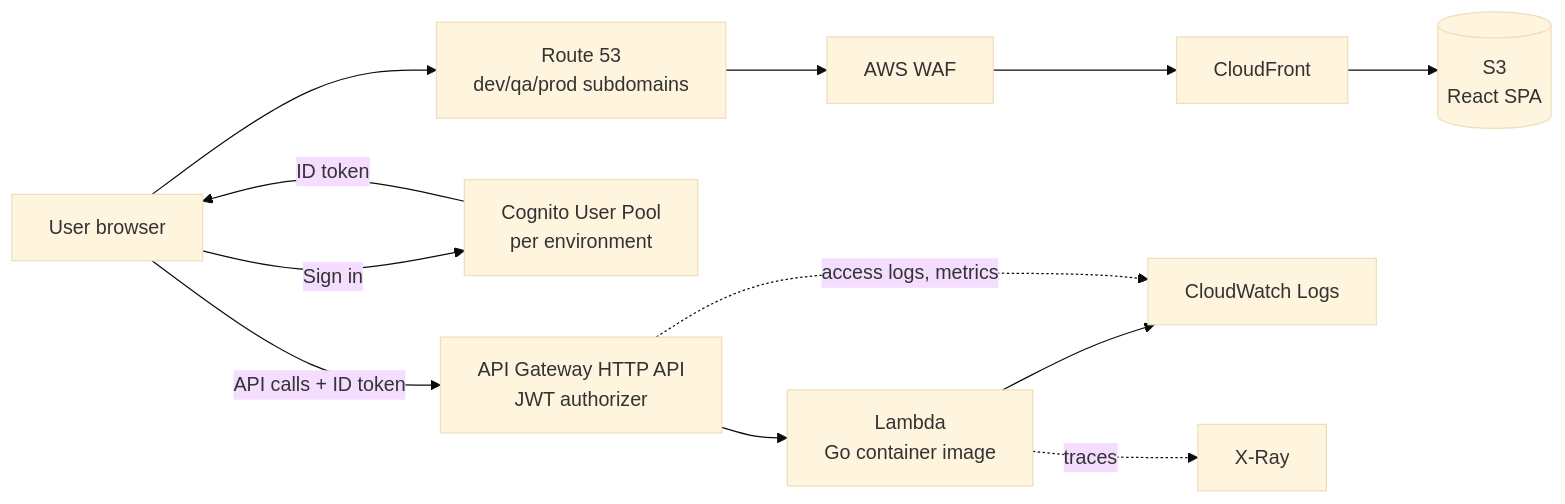
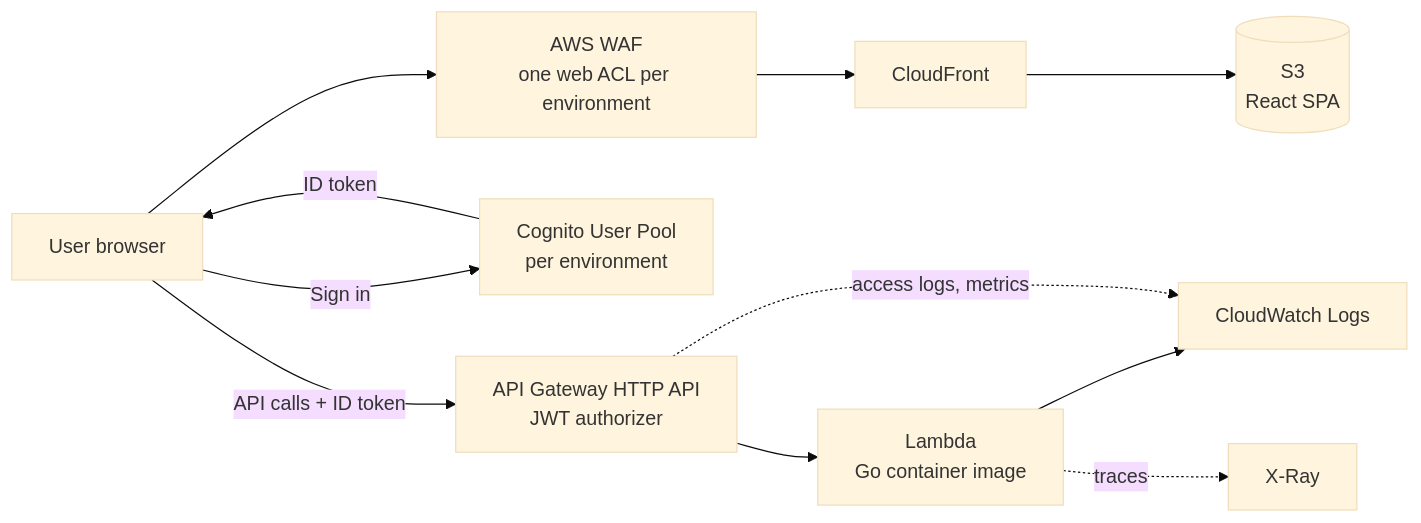
One commit to glennbach/serverless-web-boilerplate changed the diagram in docs/adr/0001-serverless-go-platform-architecture.md. Above: the diagram before and after it, drawn with Mermaid (base theme). The commit also changed other lines of this file and 3 other files, not shown here.

````diff
--- a/docs/adr/0001-serverless-go-platform-architecture.md
+++ b/docs/adr/0001-serverless-go-platform-architecture.md
@@ -37,14 +38,13 @@
 ```mermaid
 flowchart LR
-  U[User browser] --> R53[Route 53<br/>dev/qa/prod subdomains]
-  R53 --> WAF[AWS WAF]
+  U[User browser] --> WAF[AWS WAF<br/>one web ACL per environment]
   WAF --> CF[CloudFront]
   CF --> S3[(S3<br/>React SPA)]
   U -- Sign in --> COG[Cognito User Pool<br/>per environment]
   COG -- ID token --> U
   U -- API calls + ID token --> APIGW[API Gateway HTTP API<br/>JWT authorizer]
   APIGW --> L[Lambda<br/>Go container image]
   L --> CW[CloudWatch Logs]
   APIGW -. access logs, metrics .-> CW
   L -. traces .-> XR[X-Ray]
 ```
````
